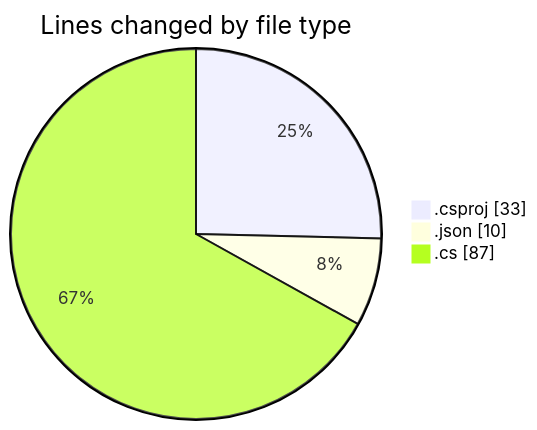
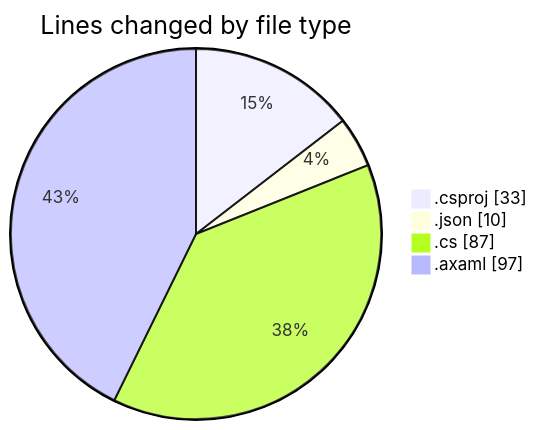
Before and after one commit to Netris89/code-tracking: the first of 2 diagrams in 2025-10-13/skintrack/README.md, drawn with Mermaid. The commit also changed other lines of this file and 1 other file, not shown here.

````diff
--- a/2025-10-13/skintrack/README.md
+++ b/2025-10-13/skintrack/README.md
@@ -22,7 +24,8 @@
 ```mermaid
 pie showData
 title Lines changed by file type
 ".csproj" : 33
 ".json" : 10
 ".cs" : 87
+".axaml" : 97
 ```
````
